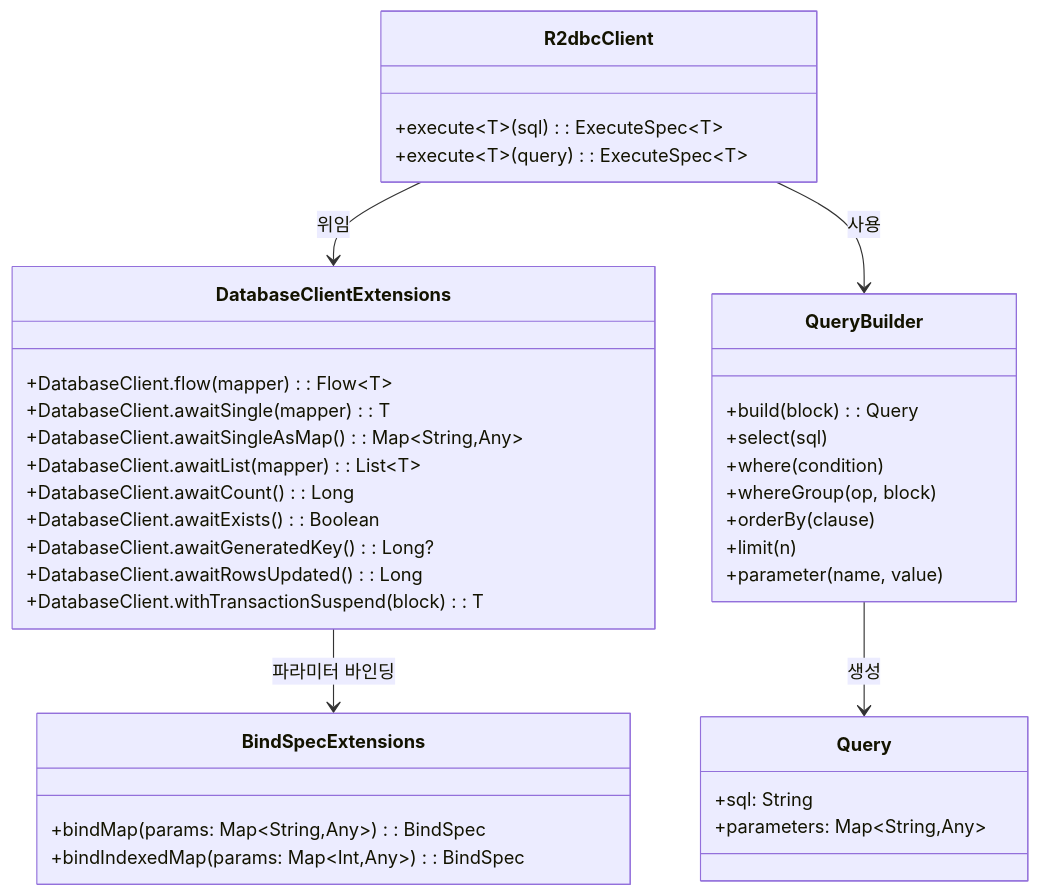
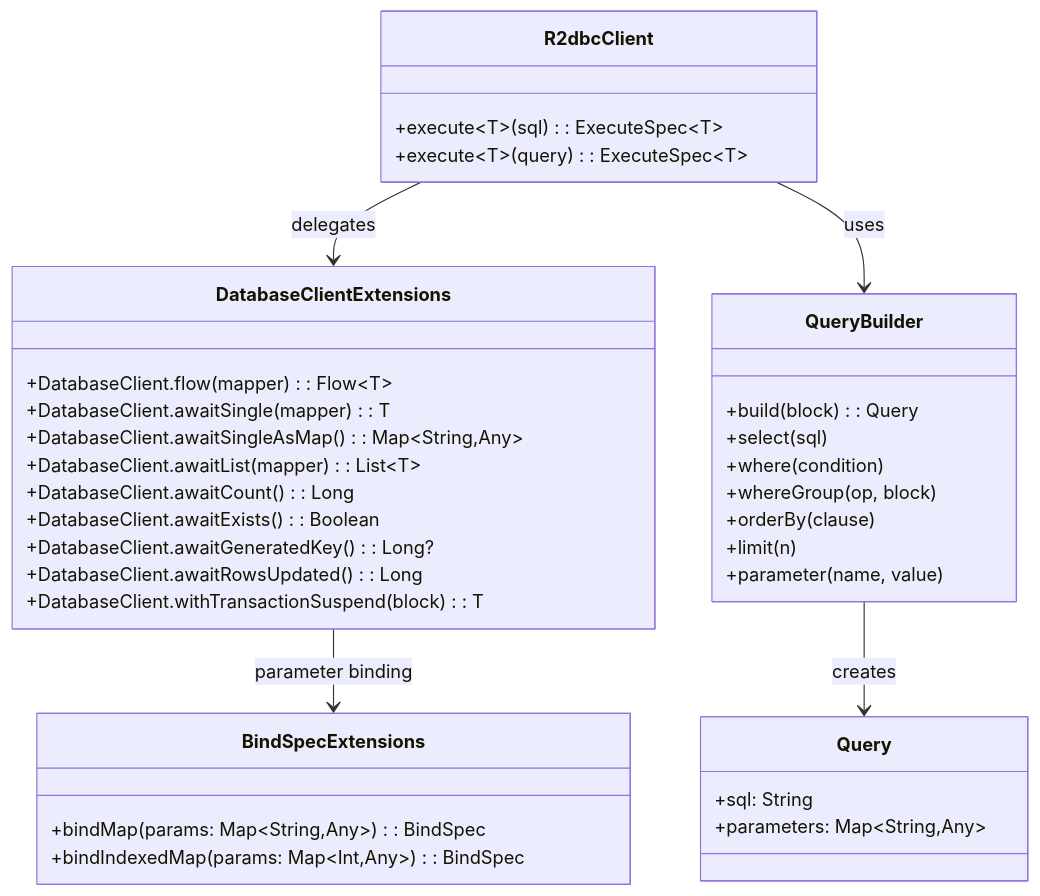
Before and after one commit to bluetape4k/bluetape4k-projects: the second of 4 diagrams in data/r2dbc/README.md, drawn with Mermaid. The commit also changed other lines of this file and 265 other files, not shown here.

````diff
--- a/data/r2dbc/README.md
+++ b/data/r2dbc/README.md
@@ -310,40 +311,40 @@
 ```mermaid
 classDiagram
     class DatabaseClientExtensions {
         +DatabaseClient.flow(mapper): Flow~T~
         +DatabaseClient.awaitSingle(mapper): T
         +DatabaseClient.awaitSingleAsMap(): Map~String,Any~
         +DatabaseClient.awaitList(mapper): List~T~
         +DatabaseClient.awaitCount(): Long
         +DatabaseClient.awaitExists(): Boolean
         +DatabaseClient.awaitGeneratedKey(): Long?
         +DatabaseClient.awaitRowsUpdated(): Long
         +DatabaseClient.withTransactionSuspend(block): T
     }
     class BindSpecExtensions {
         +bindMap(params: Map~String,Any~): BindSpec
         +bindIndexedMap(params: Map~Int,Any~): BindSpec
     }
     class QueryBuilder {
         +build(block): Query
         +select(sql)
         +where(condition)
         +whereGroup(op, block)
         +orderBy(clause)
         +limit(n)
         +parameter(name, value)
     }
     class Query {
         +sql: String
         +parameters: Map~String,Any~
     }
     class R2dbcClient {
         +execute~T~(sql): ExecuteSpec~T~
         +execute~T~(query): ExecuteSpec~T~
     }
 
-    DatabaseClientExtensions --> BindSpecExtensions : 파라미터 바인딩
-    QueryBuilder --> Query : 생성
-    R2dbcClient --> DatabaseClientExtensions : 위임
-    R2dbcClient --> QueryBuilder : 사용
+    DatabaseClientExtensions --> BindSpecExtensions : parameter binding
+    QueryBuilder --> Query : creates
+    R2dbcClient --> DatabaseClientExtensions : delegates
+    R2dbcClient --> QueryBuilder : uses
 ```
````
